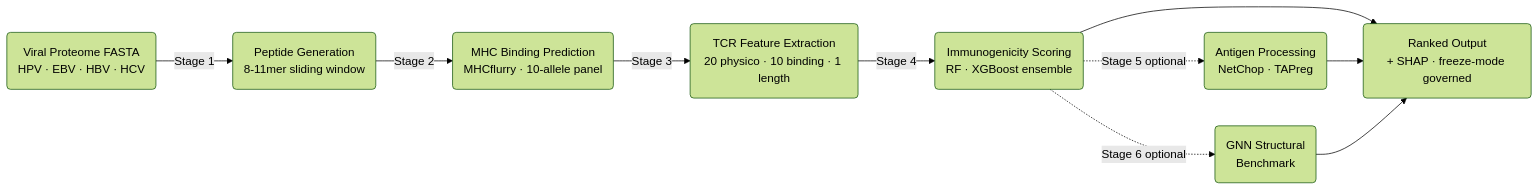
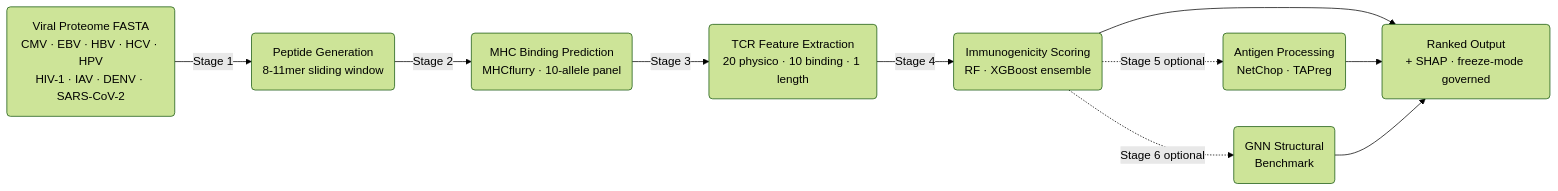
One commit to Gavin-Borges/SESTRAV changed the diagram in README.md. Above: the diagram before and after it, drawn with Mermaid (forest theme). The commit also changed other lines of this file, not shown here.

````diff
--- a/README.md
+++ b/README.md
@@ -143,12 +162,12 @@
 ```mermaid
 graph LR
-    A("Viral Proteome FASTA<br/>HPV · EBV · HBV · HCV") -->|Stage 1| B("Peptide Generation<br/>8-11mer sliding window")
+    A("Viral Proteome FASTA<br/>CMV · EBV · HBV · HCV · HPV<br/>HIV-1 · IAV · DENV · SARS-CoV-2") -->|Stage 1| B("Peptide Generation<br/>8-11mer sliding window")
     B -->|Stage 2| C("MHC Binding Prediction<br/>MHCflurry · 10-allele panel")
     C -->|Stage 3| D("TCR Feature Extraction<br/>20 physico · 10 binding · 1 length")
     D -->|Stage 4| E("Immunogenicity Scoring<br/>RF · XGBoost ensemble")
     E -.->|Stage 5 optional| F("Antigen Processing<br/>NetChop · TAPreg")
     E -.->|Stage 6 optional| G("GNN Structural<br/>Benchmark")
     E --> H("Ranked Output<br/>+ SHAP · freeze-mode governed")
     F --> H
     G --> H
 ```
````
